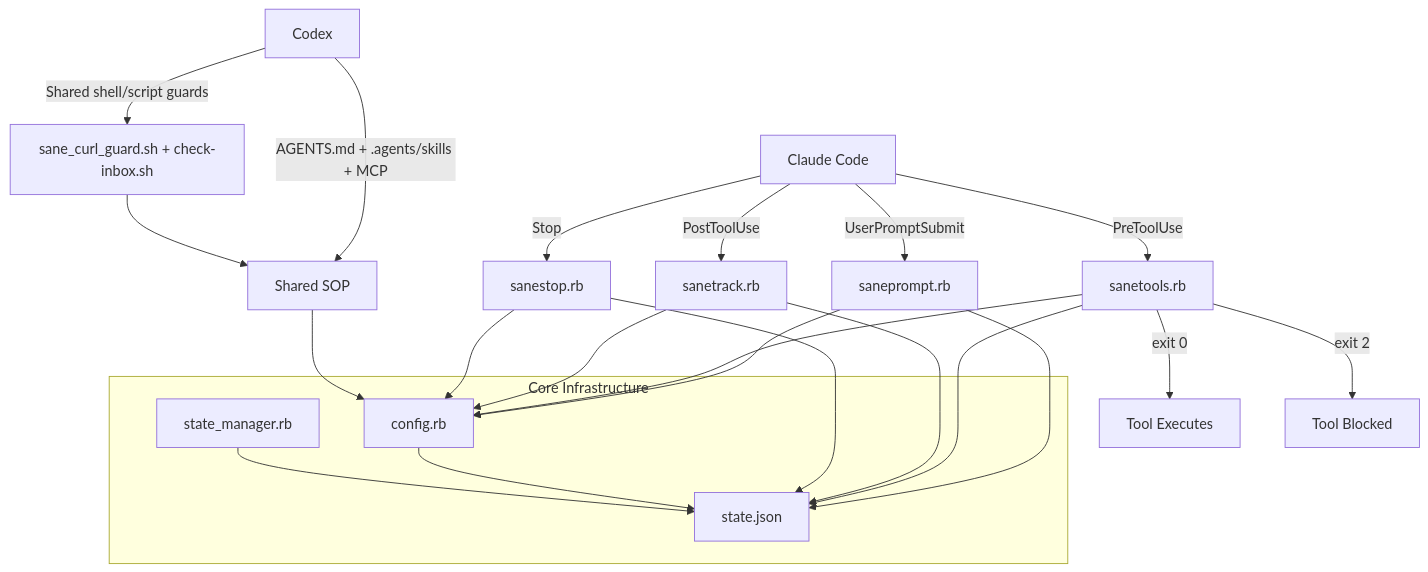
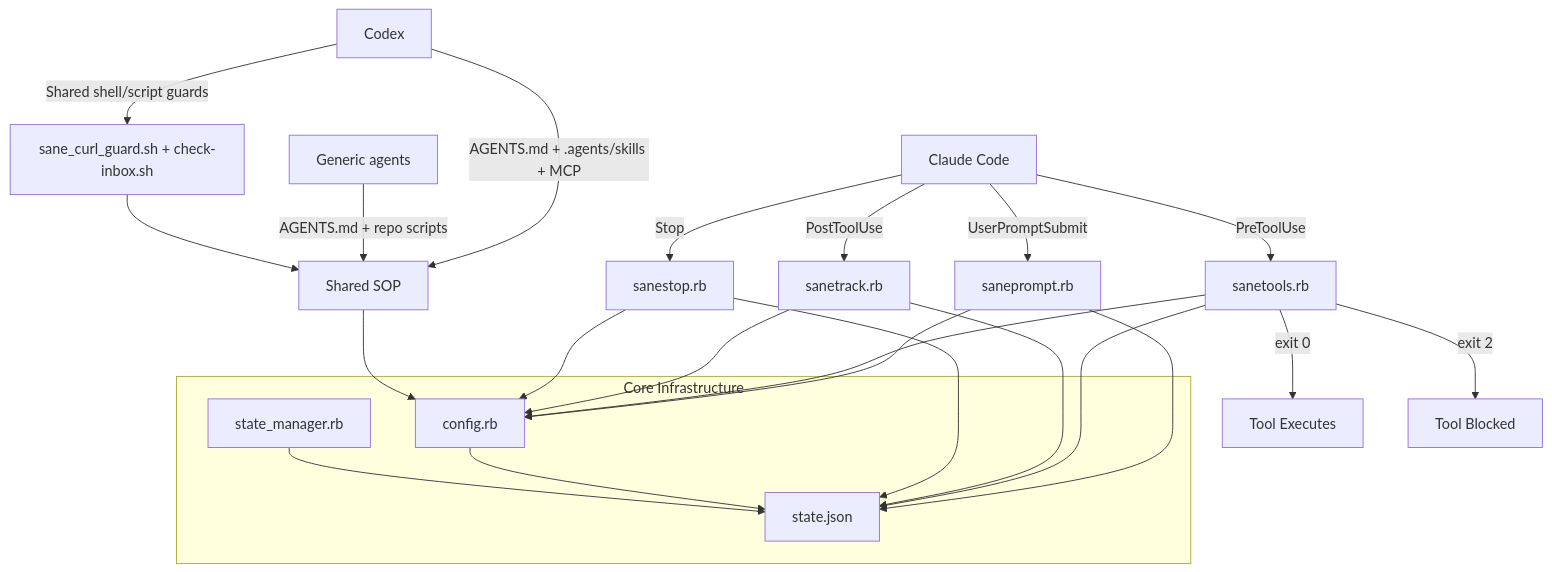
Before and after one commit to sane-apps/SaneProcess: the first of 7 diagrams in ARCHITECTURE.md, drawn with Mermaid. The commit also changed other lines of this file and 4 other files, not shown here.

````diff
--- a/ARCHITECTURE.md
+++ b/ARCHITECTURE.md
@@ -17,29 +17,30 @@
 ```mermaid
 graph TD
     CC[Claude Code] -->|UserPromptSubmit| SP[saneprompt.rb]
     CC -->|PreToolUse| ST[sanetools.rb]
     CC -->|PostToolUse| SK[sanetrack.rb]
     CC -->|Stop| SS[sanestop.rb]
     CX[Codex] -->|AGENTS.md + .agents/skills + MCP| SH[Shared SOP]
+    GA[Generic agents] -->|AGENTS.md + repo scripts| SH
     CX -->|Shared shell/script guards| GUARD[sane_curl_guard.sh + check-inbox.sh]
 
     SP --> STATE[state.json]
     ST --> STATE
     SK --> STATE
     SS --> STATE
 
     ST -->|exit 0| ALLOW[Tool Executes]
     ST -->|exit 2| BLOCK[Tool Blocked]
 
     subgraph "Core Infrastructure"
         CFG[config.rb] --> STATE
         SM[state_manager.rb] --> STATE
     end
 
     SP --> CFG
     ST --> CFG
     SK --> CFG
     SS --> CFG
     SH --> CFG
     GUARD --> SH
 ```
````
